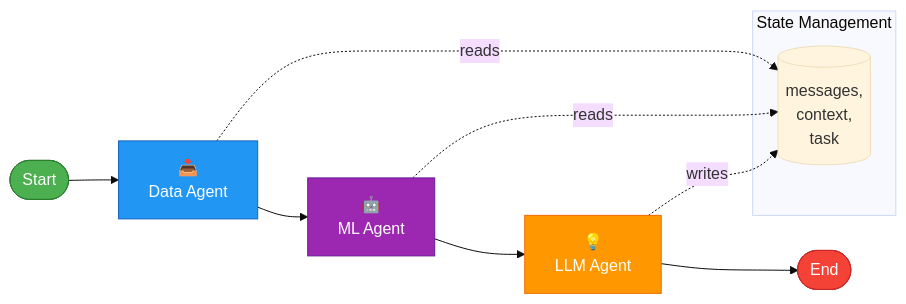
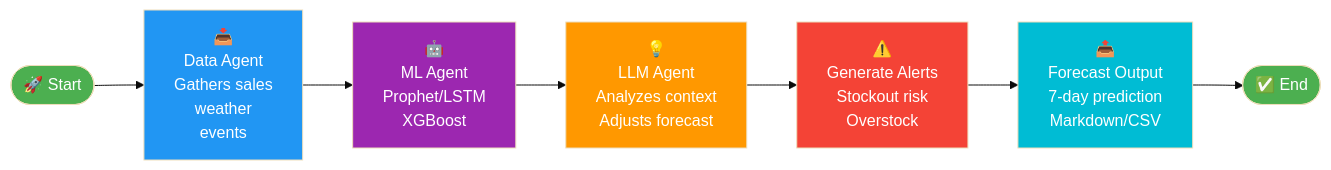
Before and after one commit to project-merlin-00/cysmic-fuel-forecasting: the second of 6 diagrams in docs/architecture.md, drawn with Mermaid. The commit also changed other lines of this file, not shown here.

First line of the commit message:
Update with Kenya O&G retail specific diagrams

````diff
--- a/docs/architecture.md
+++ b/docs/architecture.md
@@ -56,22 +68,23 @@
 ```mermaid
 %%{init: {'theme': 'base'}}%%
 flowchart LR
-    Start([Start]) --> DataAgent[📥<br/>Data Agent]
-    DataAgent --> MLAgent[🤖<br/>ML Agent]
-    MLAgent --> LLMAgent[💡<br/>LLM Agent]
-    LLMAgent --> End([End])
+    Start([🚀 Start]) --> DataIngest[📥<br/>Data Agent<br/>Gathers sales<br/>weather<br/>events]
     
-    subgraph State["State Management"]
-        MS[(messages,<br/>context,<br/>task)]
-    end
+    DataIngest --> MLPredict[🤖<br/>ML Agent<br/>Prophet/LSTM<br/>XGBoost]
     
-    DataAgent -.->|reads| MS
-    MLAgent -.->|reads| MS
-    LLMAgent -.->|writes| MS
+    MLPredict --> LLMReason[💡<br/>LLM Agent<br/>Analyzes context<br/>Adjusts forecast]
     
-    style Start fill:#4caf50,stroke:#2e7d32,color:#fff
-    style End fill:#f44336,stroke:#c62828,color:#fff
-    style DataAgent fill:#2196f3,stroke:#1565c0,color:#fff
-    style MLAgent fill:#9c27b0,stroke:#6a1b9a,color:#fff
-    style LLMAgent fill:#ff9800,stroke:#ef6c00,color:#fff
+    LLMReason --> Alert[⚠️<br/>Generate Alerts<br/>Stockout risk<br/>Overstock]
+    
+    Alert --> Output[📤<br/>Forecast Output<br/>7-day prediction<br/>Markdown/CSV]
+    
+    Output --> End([✅ End])
+    
+    style Start fill:#4caf50,color:#fff
+    style DataIngest fill:#2196f3,color:#fff
+    style MLPredict fill:#9c27b0,color:#fff
+    style LLMReason fill:#ff9800,color:#fff
+    style Alert fill:#f44336,color:#fff
+    style Output fill:#00bcd4,color:#fff
+    style End fill:#4caf50,color:#fff
 ```
````
